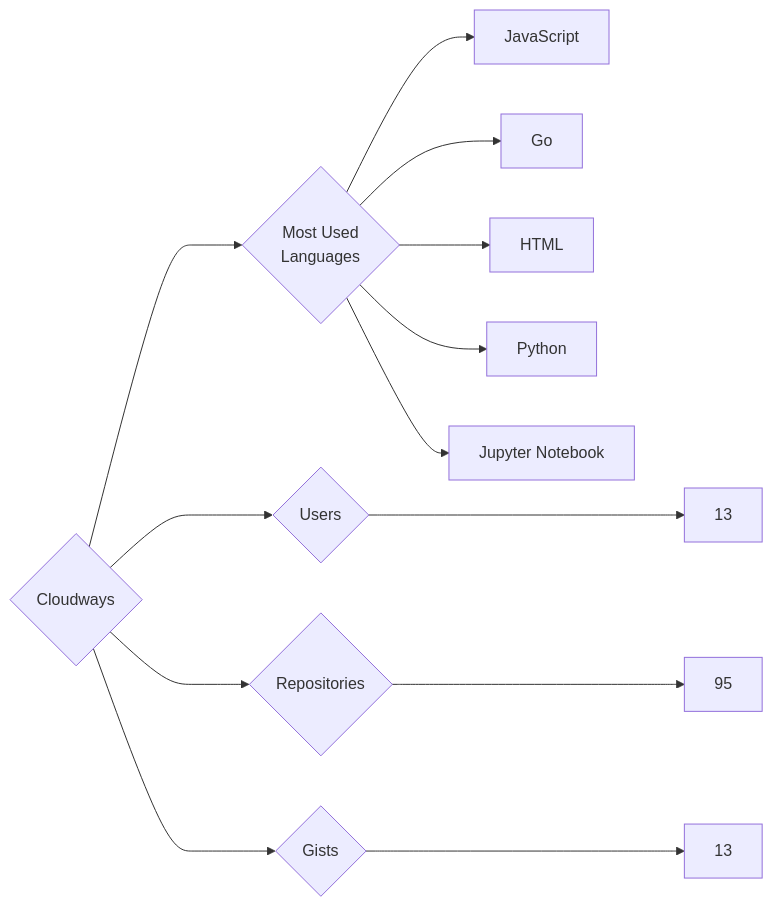
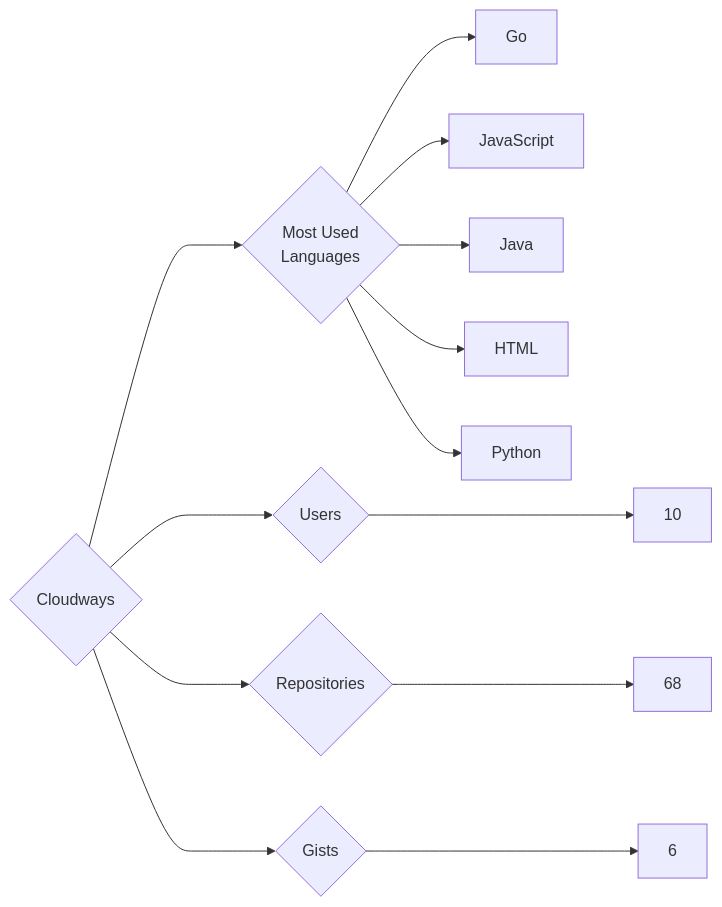
The diagram in targets/Cloudways/README.md (trickest/insiders), drawn with Mermaid before and after one commit. The commit also changed 933 other files, not shown here.

````diff
--- a/targets/Cloudways/README.md
+++ b/targets/Cloudways/README.md
@@ -3,13 +3,13 @@
 ```mermaid
 graph LR
 COMPANY_NAME{Cloudways}
-COMPANY_NAME ---> U{Users} ---> UN[13]
-COMPANY_NAME ---> R{Repositories} ---> RN[95]
-COMPANY_NAME ---> G{Gists} ---> GN[13]
+COMPANY_NAME ---> U{Users} ---> UN[10]
+COMPANY_NAME ---> R{Repositories} ---> RN[68]
+COMPANY_NAME ---> G{Gists} ---> GN[6]
 COMPANY_NAME ---> ML{Most Used<br>Languages}
+ML --> Go[Go]
 ML --> JavaScript[JavaScript]
-ML --> Go[Go]
+ML --> Java[Java]
 ML --> HTML[HTML]
 ML --> Python[Python]
-ML --> Jupyter_Notebook[Jupyter Notebook]
 ```
````
